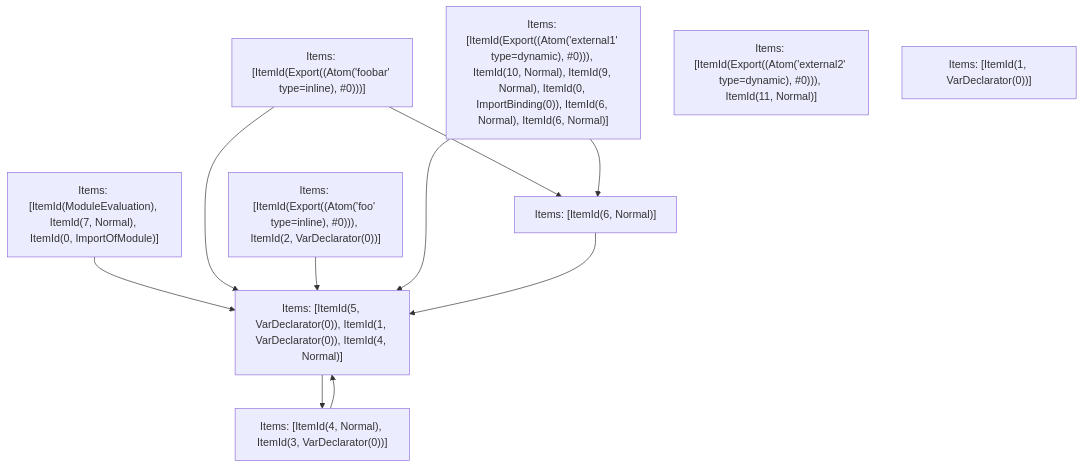
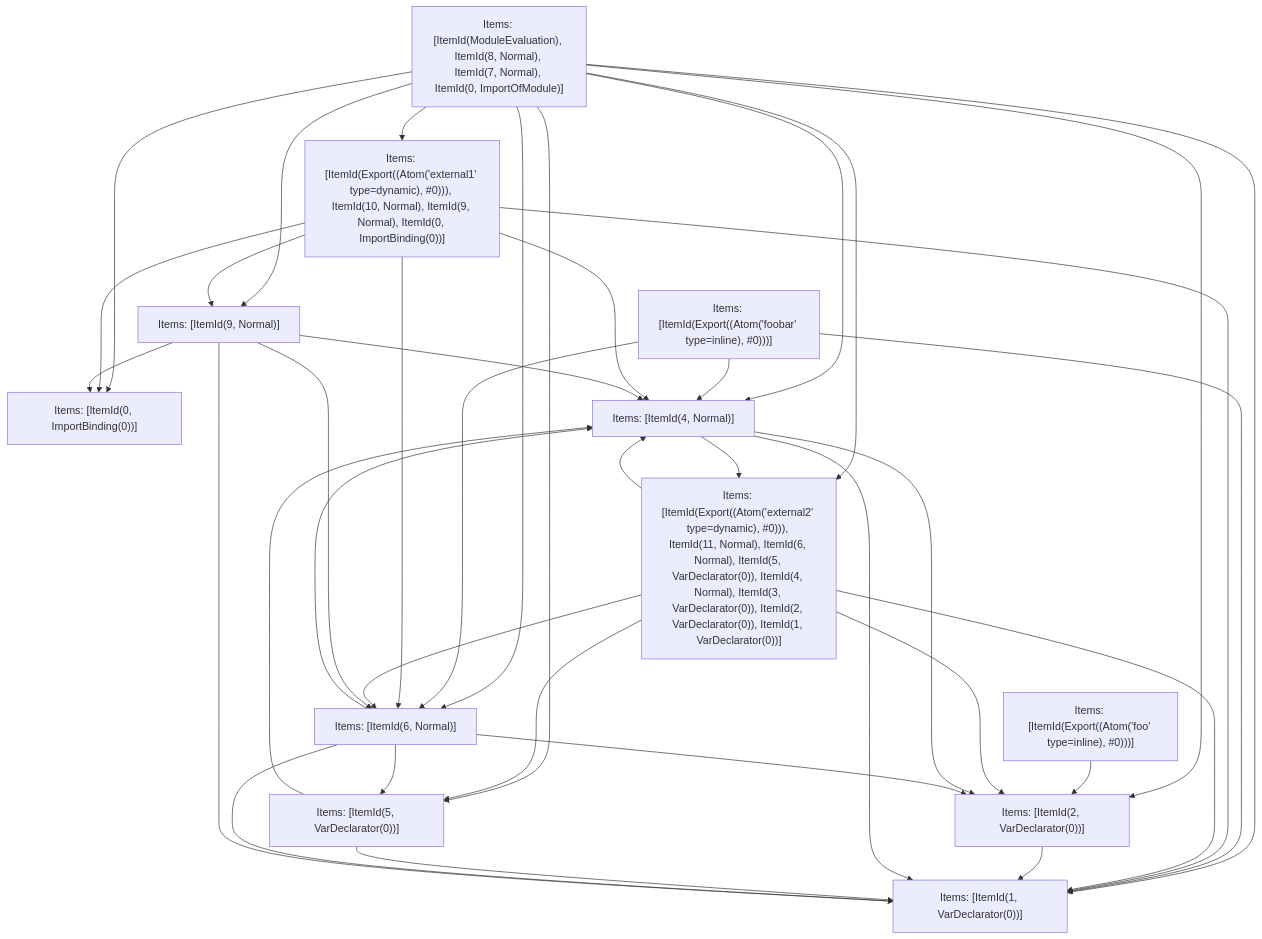
The fifth of 5 diagrams in crates/turbopack-ecmascript/tests/tree-shaker/analyzer/1/output.md (vercel/turborepo), drawn with Mermaid before and after one commit. The commit also changed 2 other files, not shown here.

Commit message:
Update test refs

````diff
--- a/crates/turbopack-ecmascript/tests/tree-shaker/analyzer/1/output.md
+++ b/crates/turbopack-ecmascript/tests/tree-shaker/analyzer/1/output.md
@@ -351,21 +351,52 @@
 ```mermaid
 graph TD
-    N0["Items: [ItemId(ModuleEvaluation), ItemId(7, Normal), ItemId(0, ImportOfModule)]"];
+    N0["Items: [ItemId(ModuleEvaluation), ItemId(8, Normal), ItemId(7, Normal), ItemId(0, ImportOfModule)]"];
     N1["Items: [ItemId(Export((Atom('foobar' type=inline), #0)))]"];
-    N2["Items: [ItemId(Export((Atom('foo' type=inline), #0))), ItemId(2, VarDeclarator(0))]"];
-    N3["Items: [ItemId(Export((Atom('external1' type=dynamic), #0))), ItemId(10, Normal), ItemId(9, Normal), ItemId(0, ImportBinding(0)), ItemId(6, Normal), ItemId(6, Normal)]"];
-    N4["Items: [ItemId(Export((Atom('external2' type=dynamic), #0))), ItemId(11, Normal)]"];
-    N5["Items: [ItemId(1, VarDeclarator(0))]"];
-    N6["Items: [ItemId(4, Normal), ItemId(3, VarDeclarator(0))]"];
-    N7["Items: [ItemId(5, VarDeclarator(0)), ItemId(1, VarDeclarator(0)), ItemId(4, Normal)]"];
-    N8["Items: [ItemId(6, Normal)]"];
+    N2["Items: [ItemId(Export((Atom('foo' type=inline), #0)))]"];
+    N3["Items: [ItemId(Export((Atom('external1' type=dynamic), #0))), ItemId(10, Normal), ItemId(9, Normal), ItemId(0, ImportBinding(0))]"];
+    N4["Items: [ItemId(Export((Atom('external2' type=dynamic), #0))), ItemId(11, Normal), ItemId(6, Normal), ItemId(5, VarDeclarator(0)), ItemId(4, Normal), ItemId(3, VarDeclarator(0)), ItemId(2, VarDeclarator(0)), ItemId(1, VarDeclarator(0))]"];
+    N5["Items: [ItemId(0, ImportBinding(0))]"];
+    N6["Items: [ItemId(1, VarDeclarator(0))]"];
+    N7["Items: [ItemId(2, VarDeclarator(0))]"];
+    N8["Items: [ItemId(4, Normal)]"];
+    N9["Items: [ItemId(5, VarDeclarator(0))]"];
+    N10["Items: [ItemId(6, Normal)]"];
+    N11["Items: [ItemId(9, Normal)]"];
+    N0 --> N3;
+    N0 --> N5;
+    N0 --> N6;
+    N0 --> N8;
+    N0 --> N10;
     N0 --> N7;
-    N1 --> N7;
+    N0 --> N9;
+    N0 --> N4;
+    N0 --> N11;
+    N1 --> N6;
     N1 --> N8;
+    N1 --> N10;
     N2 --> N7;
-    N3 --> N7;
+    N3 --> N11;
+    N3 --> N6;
     N3 --> N8;
-    N6 --> N7;
+    N3 --> N10;
+    N3 --> N5;
+    N4 --> N7;
+    N4 --> N9;
+    N4 --> N10;
+    N4 --> N6;
+    N4 --> N8;
     N7 --> N6;
+    N8 --> N4;
+    N8 --> N6;
     N8 --> N7;
+    N9 --> N6;
+    N9 --> N8;
+    N10 --> N6;
+    N10 --> N8;
+    N10 --> N7;
+    N10 --> N9;
+    N11 --> N5;
+    N11 --> N6;
+    N11 --> N8;
+    N11 --> N10;
 ```
````
